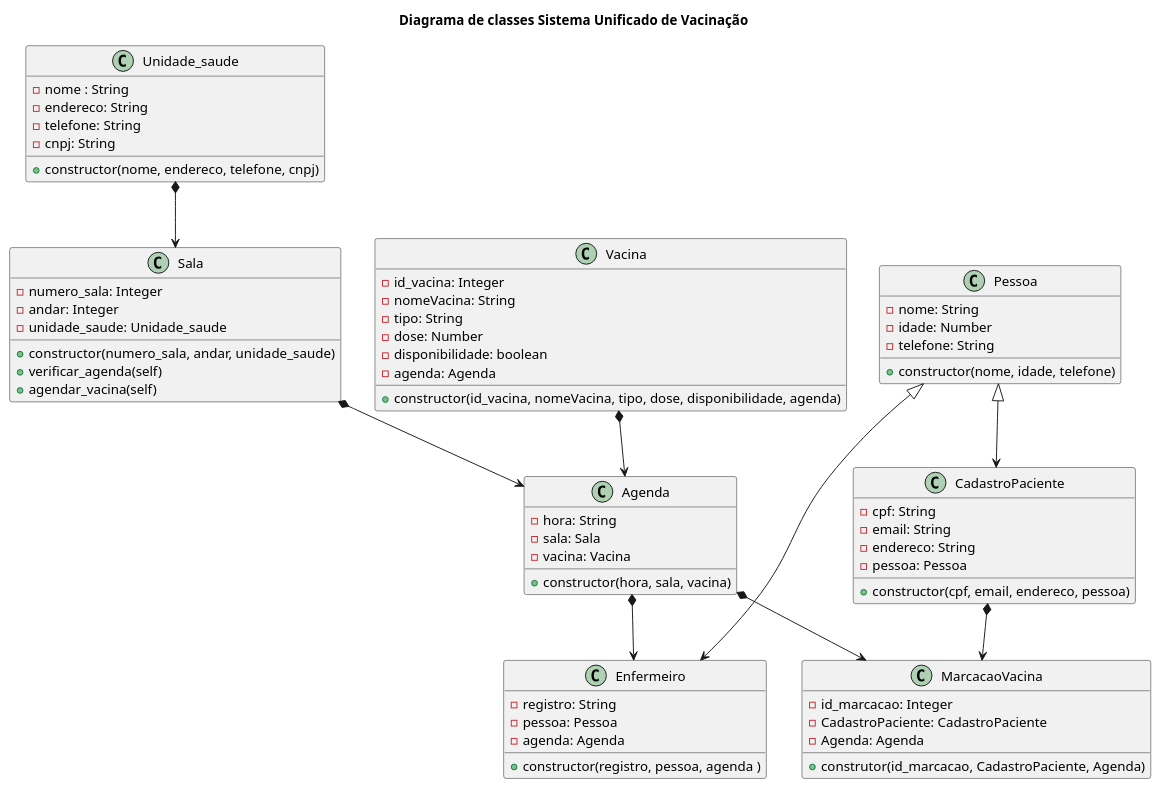
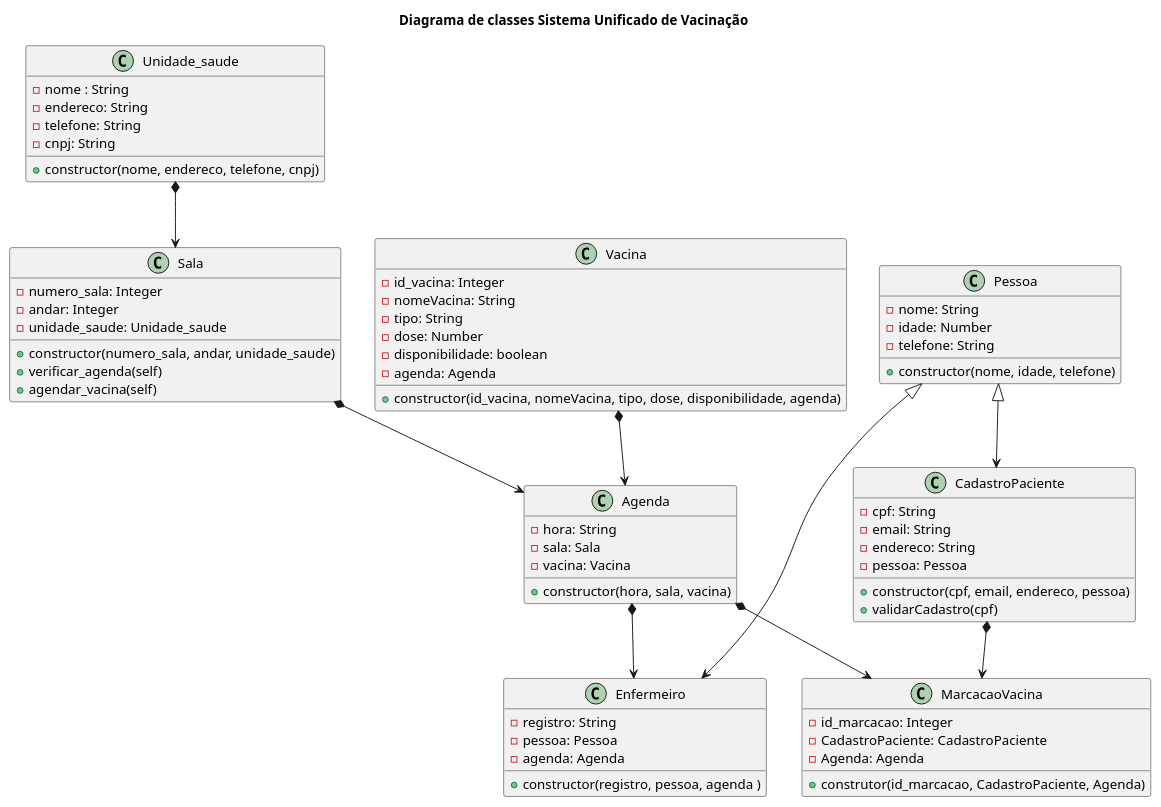
The diagram in diagrama_classe.plantuml (anleaes/2022-1-N2-POO-01), drawn with PlantUML before and after one commit.

Commit message:
atualizacao na classe cadastroPaciente implementacao do mothodo validarCadastro

```diff
--- a/diagrama_classe.plantuml
+++ b/diagrama_classe.plantuml
@@ -1,78 +1,79 @@
 @startuml
 
 title Diagrama de classes Sistema Unificado de Vacinação
 
 class Unidade_saude{
     - nome : String
     - endereco: String
     - telefone: String
     - cnpj: String
     + constructor(nome, endereco, telefone, cnpj)
 }
 
 class Sala{
     - numero_sala: Integer
     - andar: Integer
     - unidade_saude: Unidade_saude 
     + constructor(numero_sala, andar, unidade_saude)
     + verificar_agenda(self)
     + agendar_vacina(self)
 }
 
 class Agenda{
     - hora: String
     - sala: Sala
     - vacina: Vacina
     + constructor(hora, sala, vacina)
 }
 
 
 Class Vacina{
     - id_vacina: Integer
     - nomeVacina: String
     - tipo: String
     - dose: Number
     - disponibilidade: boolean
     - agenda: Agenda
     + constructor(id_vacina, nomeVacina, tipo, dose, disponibilidade, agenda)
 }
 
 class Pessoa{
     - nome: String
     - idade: Number
     - telefone: String
     + constructor(nome, idade, telefone)
 }
 
 class CadastroPaciente {
     - cpf: String
     - email: String
     - endereco: String
     - pessoa: Pessoa
     + constructor(cpf, email, endereco, pessoa)
+    + validarCadastro(cpf)
 }
 
 class Enfermeiro {
     - registro: String
     - pessoa: Pessoa
     - agenda: Agenda
     + constructor(registro, pessoa, agenda )
 }
 
 class MarcacaoVacina{
     - id_marcacao: Integer
     - CadastroPaciente: CadastroPaciente
     - Agenda: Agenda
     + construtor(id_marcacao, CadastroPaciente, Agenda)
 }
 
 Pessoa <|--> CadastroPaciente
 Pessoa <|--> Enfermeiro
 Unidade_saude *--> Sala
 Sala *--> Agenda
 Vacina *--> Agenda
 Agenda *--> Enfermeiro
 CadastroPaciente *--> MarcacaoVacina
 Agenda *--> MarcacaoVacina
 
 @enduml
```
